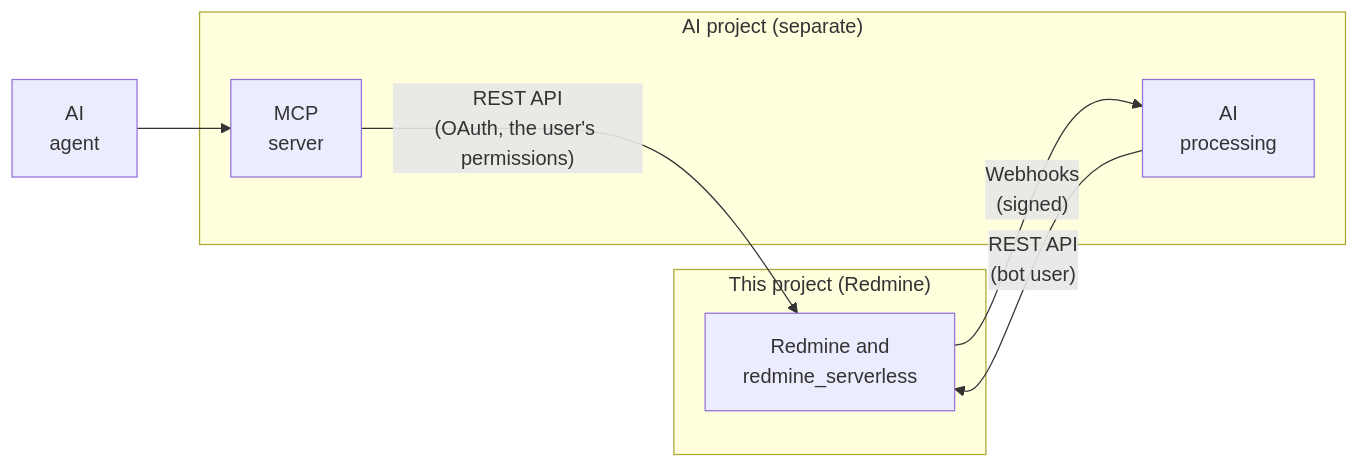
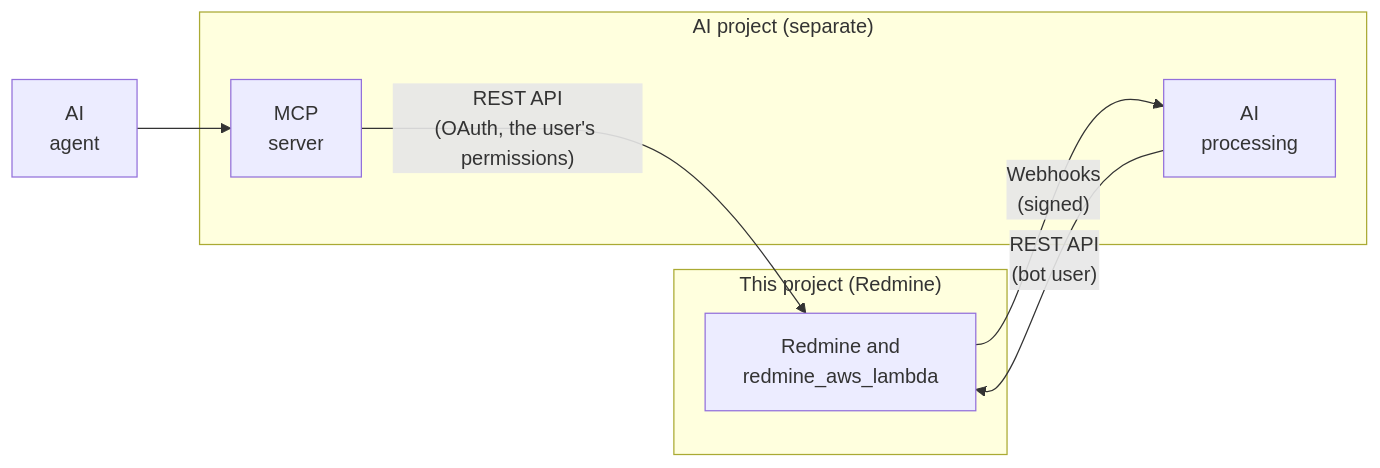
The diagram in docs/ai.md (redmine-kit/serverless), drawn with Mermaid before and after one commit. The commit also changed other lines of this file and 32 other files, not shown here.

First line of the commit message:
Name the Redmine AWS plugins in the documentation

````diff
--- a/docs/ai.md
+++ b/docs/ai.md
@@ -13,16 +13,16 @@
 ```mermaid
 flowchart LR
   subgraph this["This project (Redmine)"]
-    redmine["Redmine and<br>redmine_serverless"]
+    redmine["Redmine and<br>redmine_aws_lambda"]
   end
   subgraph ai["AI project (separate)"]
     worker["AI<br>processing"]
     mcp["MCP<br>server"]
   end
   agent["AI<br>agent"]
 
   redmine -- "Webhooks<br>(signed)" --> worker
   worker -- "REST API<br>(bot user)" --> redmine
   agent --> mcp
   mcp -- "REST API<br>(OAuth, the user's permissions)" --> redmine
 ```
````
